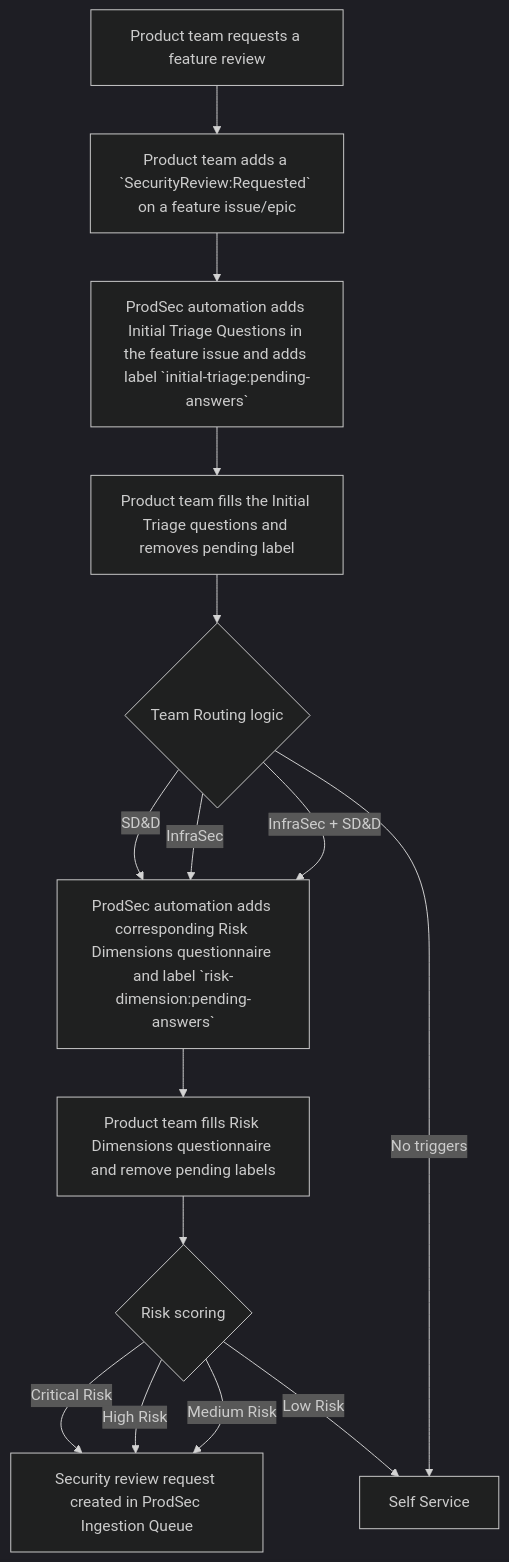
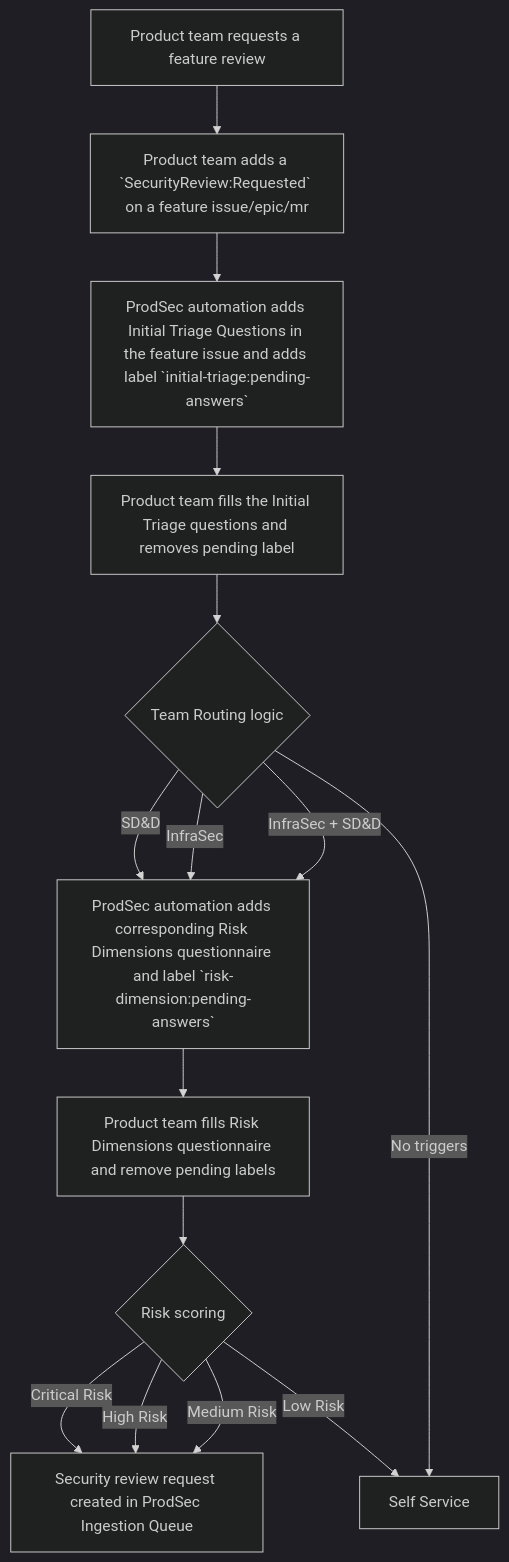
Before and after one commit to zalyoung/gitlab-handbook: the diagram in content/handbook/security/product-security/security-review-framework.md, drawn with Mermaid (dark theme).

Commit message:
Apply 1 suggestion(s) to 1 file(s)

````diff
--- a/content/handbook/security/product-security/security-review-framework.md
+++ b/content/handbook/security/product-security/security-review-framework.md
@@ -326,18 +326,18 @@
 ```mermaid
 flowchart TD
 
-    A[Product team requests a feature review] -->B[Product team adds a `SecurityReview:Requested` on a feature issue/epic]
+    A[Product team requests a feature review] -->B[Product team adds a `SecurityReview:Requested` on a feature issue/epic/mr]
     B --> C[ProdSec automation adds Initial Triage Questions in the feature issue and adds label `initial-triage:pending-answers`]
     C --> D[Product team fills the Initial Triage questions and removes pending label]
     D --> F{Team Routing logic}
     F --> |SD&D| G[ProdSec automation adds Risk Dimensions questionnaire']
     F --> |InfraSec| G[ProdSec automation adds Risk Dimensions questionnaire]
     F --> |InfraSec + SD&D | G[ProdSec automation adds corresponding Risk Dimensions questionnaire and label `risk-dimension:pending-answers`]
     G --> I[Product team fills Risk Dimensions questionnaire and remove pending labels]
     I --> J{Risk scoring}
     J --> |Critical Risk| K[Security review request created in ProdSec Ingestion Queue]
     J --> |High Risk| K[Security review request created in ProdSec Ingestion Queue]
     J --> |Medium Risk| K[Security review request created in ProdSec Ingestion Queue]
     J --> |Low Risk| L[Self Service]
     F --> |No triggers| L
 ```
````
